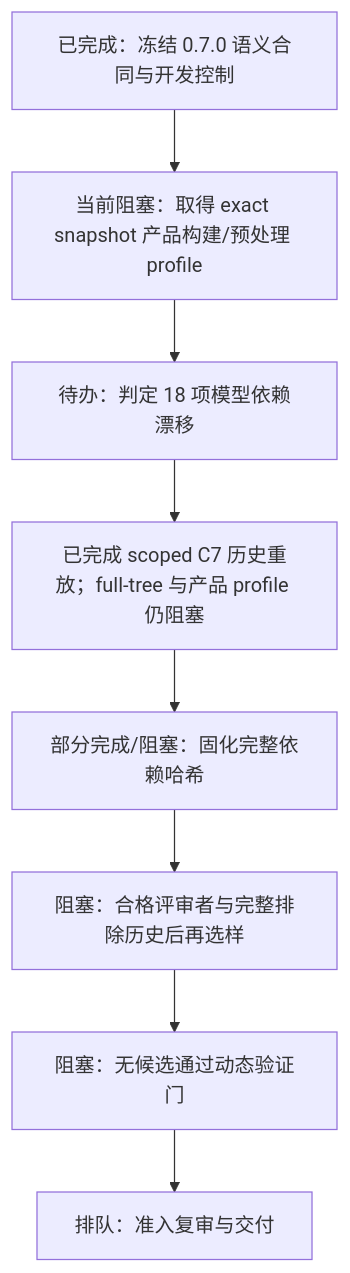
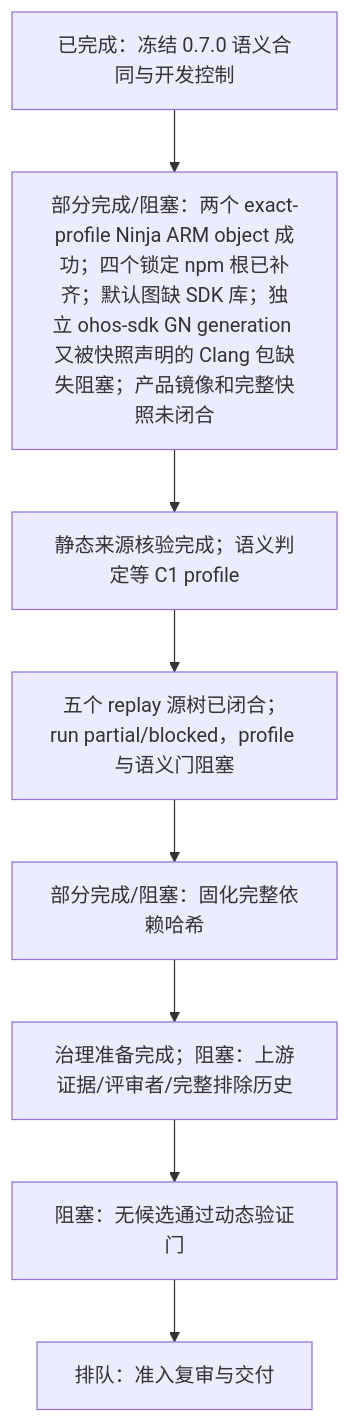
Before and after one commit to unpredictablexss-lang/CyberSecurity-Innovation-Audit: the diagram in research/deliveries/c-line-development-plan-20261018.md, drawn with Mermaid. The commit also changed other lines of this file and 223 other files, not shown here.

````diff
--- a/research/deliveries/c-line-development-plan-20261018.md
+++ b/research/deliveries/c-line-development-plan-20261018.md
@@ -18,12 +23,12 @@
 ```mermaid
 flowchart TD
     C0[已完成：冻结 0.7.0 语义合同与开发控制]
-    C1[当前阻塞：取得 exact snapshot 产品构建/预处理 profile]
-    C2[待办：判定 18 项模型依赖漂移]
-    C3[已完成 scoped C7 历史重放；full-tree 与产品 profile 仍阻塞]
+    C1[部分完成/阻塞：两个 exact-profile Ninja ARM object 成功；四个锁定 npm 根已补齐；默认图缺 SDK 库；独立 ohos-sdk GN generation 又被快照声明的 Clang 包缺失阻塞；产品镜像和完整快照未闭合]
+    C2[静态来源核验完成；语义判定等 C1 profile]
+    C3[五个 replay 源树已闭合；run partial/blocked，profile 与语义门阻塞]
     C4[部分完成/阻塞：固化完整依赖哈希]
-    C5[阻塞：合格评审者与完整排除历史后再选样]
+    C5[治理准备完成；阻塞：上游证据/评审者/完整排除历史]
     C6[阻塞：无候选通过动态验证门]
     C7[排队：准入复审与交付]
     C0 --> C1 --> C2 --> C3 --> C4 --> C5 --> C6 --> C7
 ```
````
